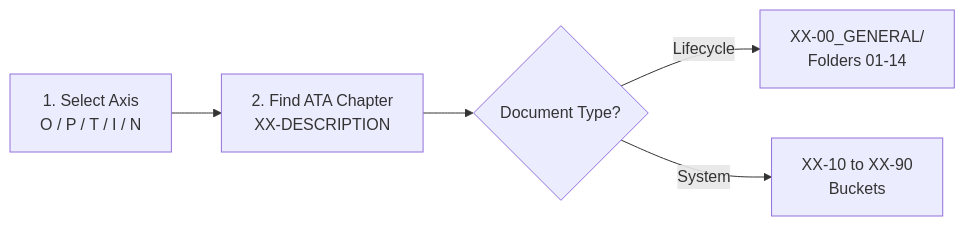
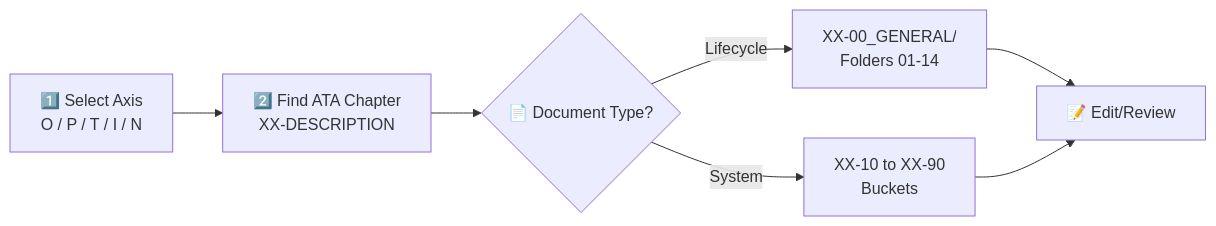
The fifth of 9 diagrams in README.md (AmedeoPelliccia/AMPEL360-BWB-H2-Hy-E), drawn with Mermaid before and after one commit. The commit also changed other lines of this file, not shown here.

````diff
--- a/README.md
+++ b/README.md
@@ -277,7 +289,9 @@
 ```mermaid
 flowchart LR
-    A["1. Select Axis<br/>O / P / T / I / N"] --> B["2. Find ATA Chapter<br/>XX-DESCRIPTION"]
-    B --> C{"Document Type?"}
+    A["1️⃣ Select Axis<br/>O / P / T / I / N"] --> B["2️⃣ Find ATA Chapter<br/>XX-DESCRIPTION"]
+    B --> C{"📄 Document Type? "}
     C -->|Lifecycle| D["XX-00_GENERAL/<br/>Folders 01-14"]
-    C -->|System|E["XX-10 to XX-90<br/>Buckets"]
+    C -->|System| E["XX-10 to XX-90<br/>Buckets"]
+    D --> F["📝 Edit/Review"]
+    E --> F
 ```
````
